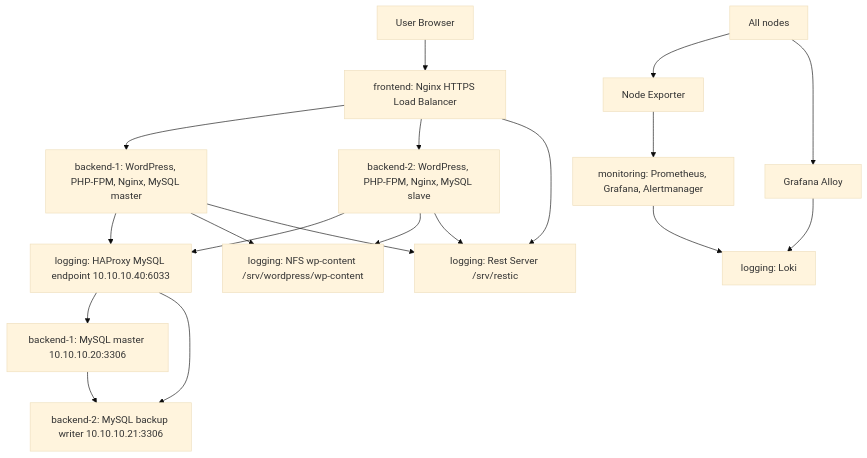
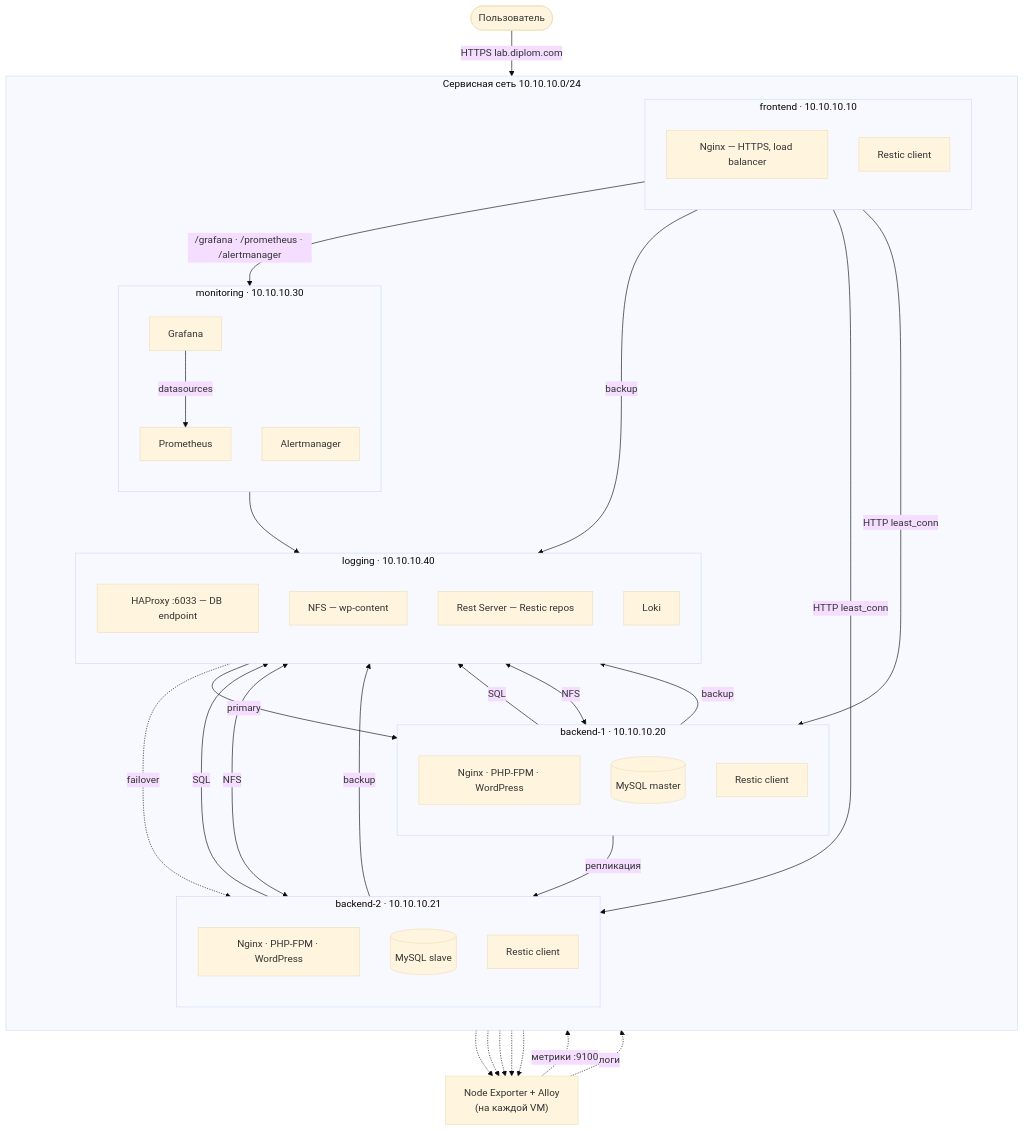
Before and after one commit to FullPretender/OTUS_Linux: the diagram in 50.Diplom/docs/ARCHITECTURE.md, drawn with Mermaid (base theme). The commit also changed other lines of this file and 22 other files, not shown here.

Commit message:
Refactor workspace config and Vagrantfile for service management. Enhance Ansible playbooks with WordPress mounting and database sync scripts. Update docs for dependency and network changes.

````diff
--- a/50.Diplom/docs/ARCHITECTURE.md
+++ b/50.Diplom/docs/ARCHITECTURE.md
@@ -13,25 +13,74 @@
 ```mermaid
-flowchart TD
-  user[User Browser] --> frontend["frontend: Nginx HTTPS Load Balancer"]
-  frontend --> backend1["backend-1: WordPress, PHP-FPM, Nginx, MySQL master"]
-  frontend --> backend2["backend-2: WordPress, PHP-FPM, Nginx, MySQL slave"]
+flowchart TB
+  user(["Пользователь"])
 
-  backend1 --> dbEndpoint["logging: HAProxy MySQL endpoint 10.10.10.40:6033"]
-  backend2 --> dbEndpoint
-  dbEndpoint --> mysqlMaster["backend-1: MySQL master 10.10.10.20:3306"]
-  dbEndpoint --> mysqlSlave["backend-2: MySQL backup writer 10.10.10.21:3306"]
-  mysqlMaster --> mysqlSlave
+  subgraph NET["Сервисная сеть 10.10.10.0/24"]
+    direction TB
 
-  backend1 --> nfs["logging: NFS wp-content /srv/wordpress/wp-content"]
-  backend2 --> nfs
+    subgraph FE["frontend · 10.10.10.10"]
+      direction TB
+      fe_nginx["Nginx — HTTPS, load balancer"]
+      fe_restic["Restic client"]
+    end
 
-  frontend --> restic["logging: Rest Server /srv/restic"]
-  backend1 --> restic
-  backend2 --> restic
+    subgraph B1["backend-1 · 10.10.10.20"]
+      direction TB
+      b1_app["Nginx · PHP-FPM · WordPress"]
+      b1_mysql[("MySQL master")]
+      b1_restic["Restic client"]
+    end
 
-  allNodes["All nodes"] --> nodeExporter["Node Exporter"]
-  nodeExporter --> monitoring["monitoring: Prometheus, Grafana, Alertmanager"]
-  allNodes --> alloy["Grafana Alloy"]
-  alloy --> loki["logging: Loki"]
-  monitoring --> loki
+    subgraph B2["backend-2 · 10.10.10.21"]
+      direction TB
+      b2_app["Nginx · PHP-FPM · WordPress"]
+      b2_mysql[("MySQL slave")]
+      b2_restic["Restic client"]
+    end
+
+    subgraph LOG["logging · 10.10.10.40"]
+      direction TB
+      log_ha["HAProxy :6033 — DB endpoint"]
+      log_nfs["NFS — wp-content"]
+      log_rest["Rest Server — Restic repos"]
+      log_loki["Loki"]
+    end
+
+    subgraph MON["monitoring · 10.10.10.30"]
+      direction TB
+      mon_prom["Prometheus"]
+      mon_graf["Grafana"]
+      mon_alert["Alertmanager"]
+    end
+  end
+
+  obs["Node Exporter + Alloy<br/>(на каждой VM)"]
+
+  user -->|"HTTPS lab.diplom.com"| fe_nginx
+
+  fe_nginx -->|"HTTP least_conn"| b1_app
+  fe_nginx -->|"HTTP least_conn"| b2_app
+  fe_nginx -->|"/grafana · /prometheus · /alertmanager"| mon_graf
+
+  b1_app -->|"SQL"| log_ha
+  b2_app -->|"SQL"| log_ha
+  log_ha -->|"primary"| b1_mysql
+  log_ha -.->|"failover"| b2_mysql
+  b1_mysql -->|"репликация"| b2_mysql
+
+  b1_app <-->|"NFS"| log_nfs
+  b2_app <-->|"NFS"| log_nfs
+
+  fe_restic -->|"backup"| log_rest
+  b1_restic -->|"backup"| log_rest
+  b2_restic -->|"backup"| log_rest
+
+  fe_nginx -.-> obs
+  b1_app -.-> obs
+  b2_app -.-> obs
+  mon_graf -.-> obs
+  log_loki -.-> obs
+  obs -.->|"метрики :9100"| mon_prom
+  obs -.->|"логи"| log_loki
+  mon_graf -->|"datasources"| mon_prom
+  mon_graf --> log_loki
 ```
````
